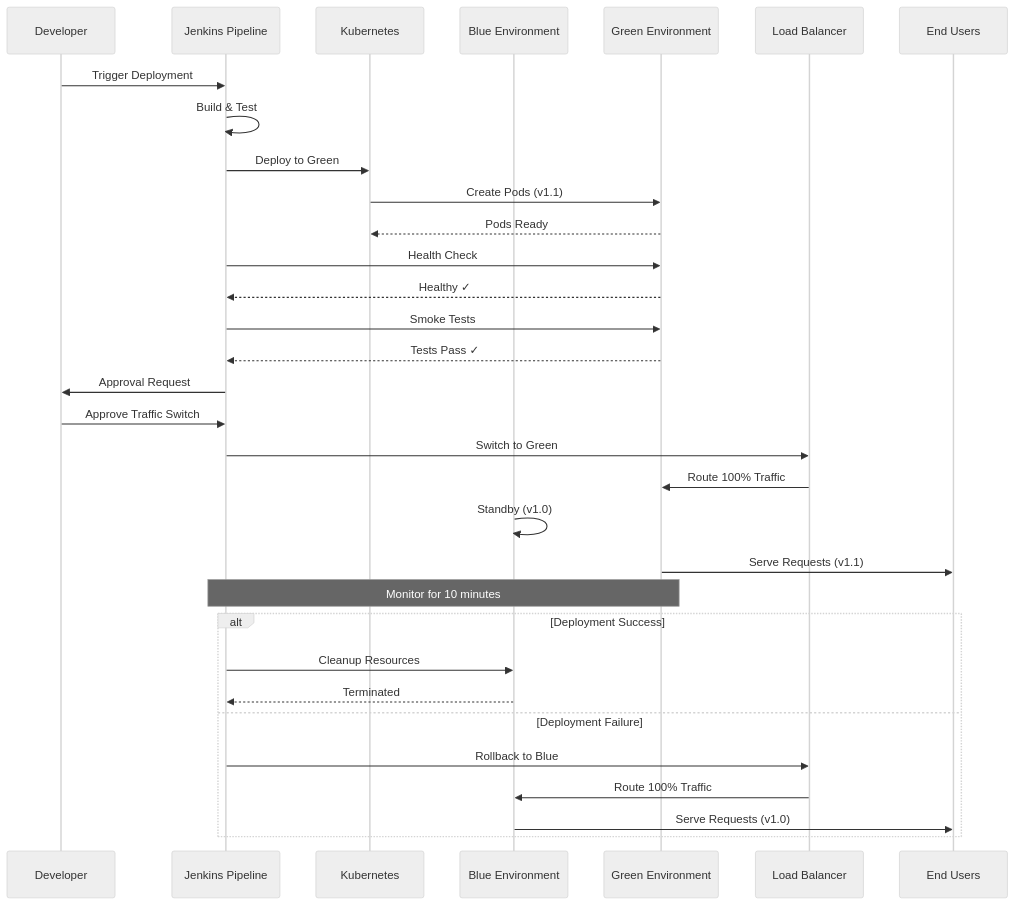
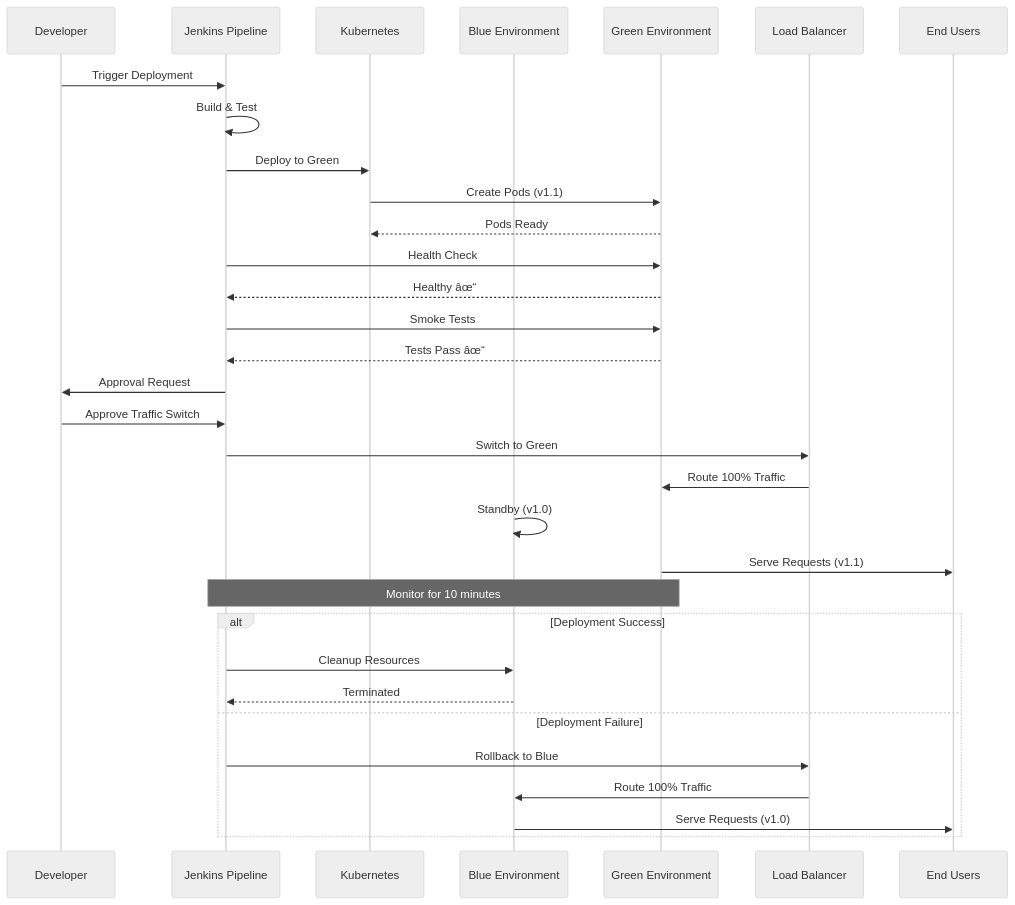
One commit to itshamzadev/fastxhorizon changed the fourth of 11 diagrams in frontend/DEPLOYMENT.md. Above: the diagram before and after it, drawn with Mermaid (neutral theme). The commit also changed other lines of this file and 78 other files, not shown here.

````diff
--- a/frontend/DEPLOYMENT.md
+++ b/frontend/DEPLOYMENT.md
@@ -414,42 +414,42 @@
 ```mermaid
 sequenceDiagram
     participant Dev as Developer
     participant Jenkins as Jenkins Pipeline
     participant K8s as Kubernetes
     participant Blue as Blue Environment
     participant Green as Green Environment
     participant LB as Load Balancer
     participant Users as End Users
 
     Dev->>Jenkins: Trigger Deployment
     Jenkins->>Jenkins: Build & Test
     Jenkins->>K8s: Deploy to Green
     K8s->>Green: Create Pods (v1.1)
     Green-->>K8s: Pods Ready
 
     Jenkins->>Green: Health Check
-    Green-->>Jenkins: Healthy ✓
+    Green-->>Jenkins: Healthy âœ“
 
     Jenkins->>Green: Smoke Tests
-    Green-->>Jenkins: Tests Pass ✓
+    Green-->>Jenkins: Tests Pass âœ“
 
     Jenkins->>Dev: Approval Request
     Dev->>Jenkins: Approve Traffic Switch
 
     Jenkins->>LB: Switch to Green
     LB->>Green: Route 100% Traffic
     Blue->>Blue: Standby (v1.0)
 
     Green->>Users: Serve Requests (v1.1)
 
     Note over Jenkins,Green: Monitor for 10 minutes
 
     alt Deployment Success
         Jenkins->>Blue: Cleanup Resources
         Blue-->>Jenkins: Terminated
     else Deployment Failure
         Jenkins->>LB: Rollback to Blue
         LB->>Blue: Route 100% Traffic
         Blue->>Users: Serve Requests (v1.0)
     end
 ```
````
